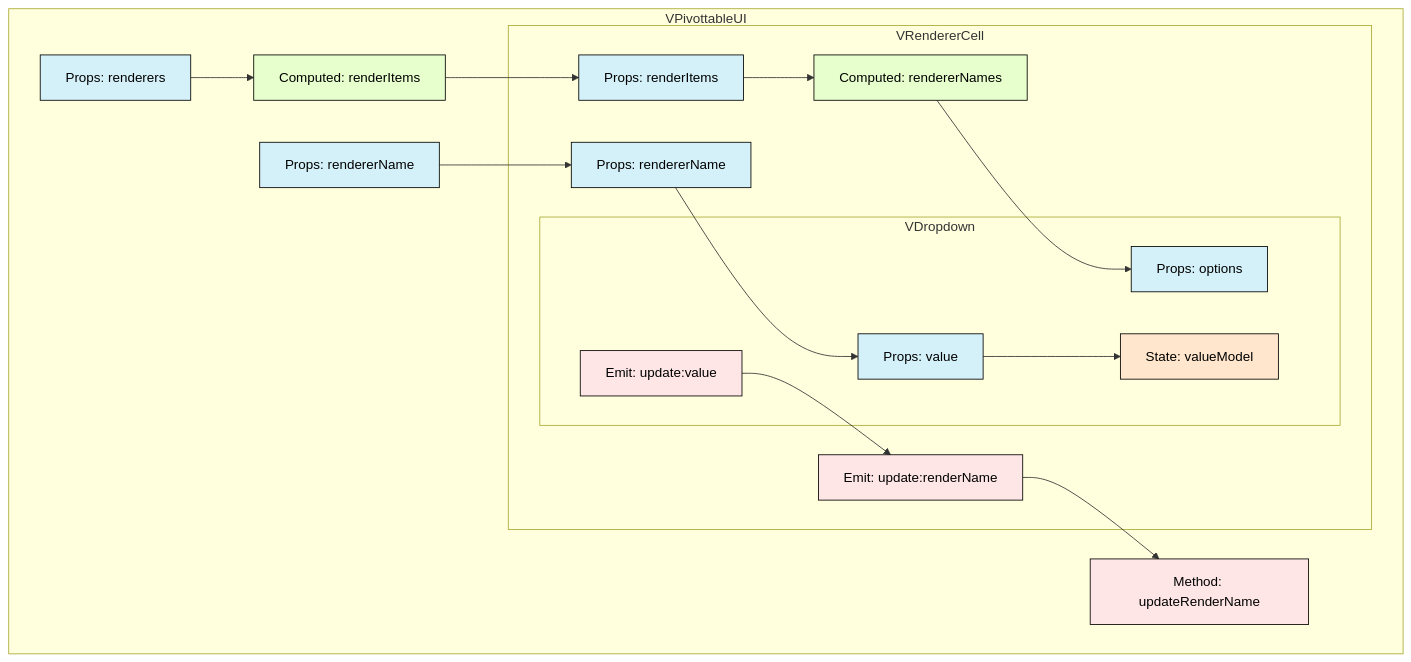
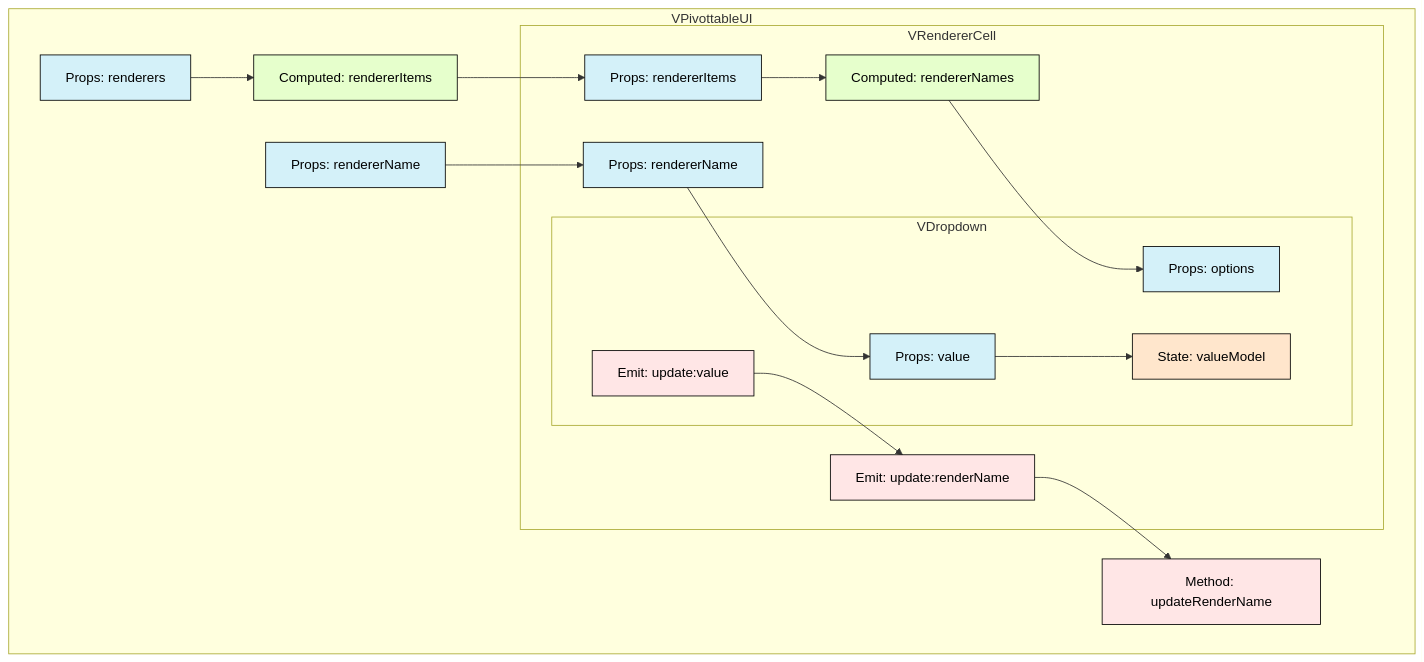
One commit to vue-pivottable/dev-docs changed the diagram in diagram/VRendererCell.md. Above: the diagram before and after it, drawn with Mermaid. The commit also changed other lines of this file, not shown here.

Commit message:
fix: missing render to renderer

````diff
--- a/diagram/VRendererCell.md
+++ b/diagram/VRendererCell.md
@@ -6,38 +6,38 @@
 ```mermaid
 graph TD
   %% 색상 정의
   classDef props fill:#d4f1f9,stroke:#000,stroke-width:1px,color:#000
   classDef state fill:#ffe6cc,stroke:#000,stroke-width:1px,color:#000
   classDef computed fill:#e6ffcc,stroke:#000,stroke-width:1px,color:#000
   classDef event fill:#ffe6e6,stroke:#000,stroke-width:1px,color:#000
   classDef component fill:#fff,stroke:#000,stroke-width:2px,color:#000
   classDef warnning fill:red,color:#fff
   
   subgraph A[VPivottableUI]
     A-P1[Props: renderers]:::props
     A-P2[Props: rendererName]:::props
-    A-C1[Computed: renderItems]:::computed
+    A-C1[Computed: rendererItems]:::computed
     A-E1[Method: updateRenderName]:::event
 
     subgraph B[VRendererCell]
-      B-P1[Props: renderItems]:::props
+      B-P1[Props: rendererItems]:::props
       B-C1[Computed: rendererNames]:::computed
       B-P2[Props: rendererName]:::props
       B-E1[Emit: update:renderName]:::event
 
       subgraph C[VDropdown]
         C-P1[Props: options]:::props
         C-P2[Props: value]:::props
         C-S1[State: valueModel]:::state 
         C-E1[Emit: update:value]:::event
       end
     end
 
     %% 데이터 흐름
     A-P1 --> A-C1 --> B-P1 --> B-C1 --> C-P1
     A-P2 --> B-P2 --> C-P2 --> C-S1
 
     %% 이벤트 흐름
     C-E1 --> B-E1 --> A-E1
   end
 ```
````
